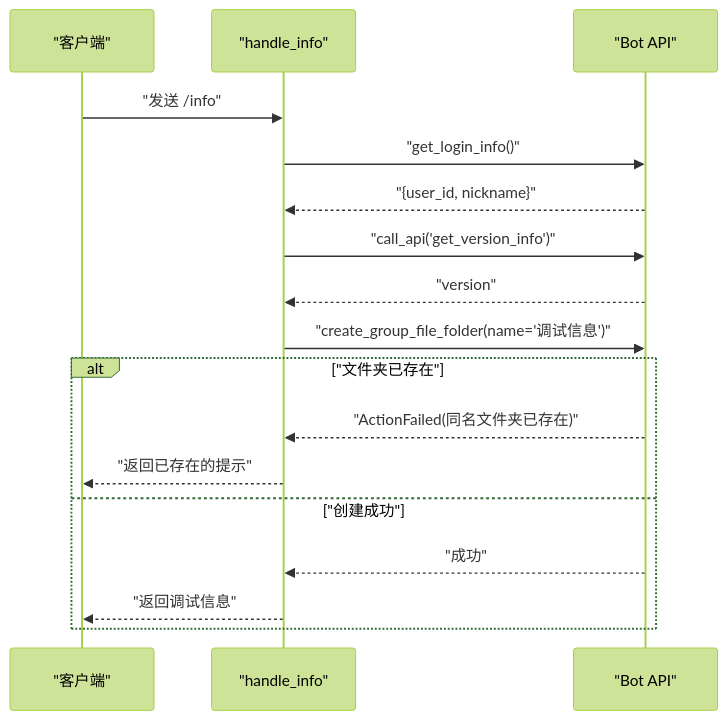
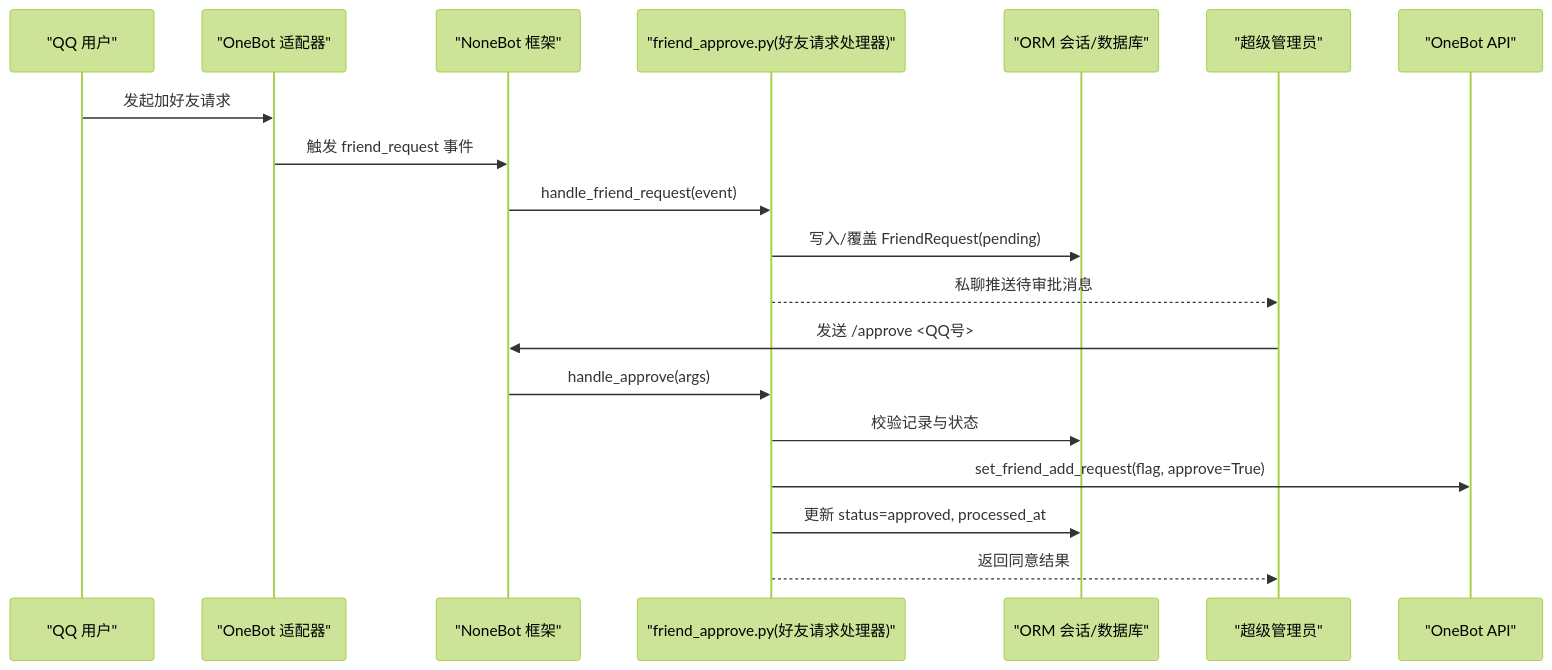
The fourth of 7 diagrams in .qoder/repowiki/zh/content/核心功能模块/核心功能模块.md (Wohaokunr/yawn_bot), drawn with Mermaid (forest theme) before and after one commit. The commit also changed other lines of this file and 60 other files, not shown here.

````diff
--- a/.qoder/repowiki/zh/content/核心功能模块/核心功能模块.md
+++ b/.qoder/repowiki/zh/content/核心功能模块/核心功能模块.md
@@ -247,19 +172,21 @@
 ```mermaid
 sequenceDiagram
-participant Client as "客户端"
-participant Handler as "handle_info"
-participant Bot as "Bot API"
-Client->>Handler : "发送 /info"
-Handler->>Bot : "get_login_info()"
-Bot-->>Handler : "{user_id, nickname}"
-Handler->>Bot : "call_api('get_version_info')"
-Bot-->>Handler : "version"
-Handler->>Bot : "create_group_file_folder(name='调试信息')"
-alt "文件夹已存在"
-Bot-->>Handler : "ActionFailed(同名文件夹已存在)"
-Handler-->>Client : "返回已存在的提示"
-else "创建成功"
-Bot-->>Handler : "成功"
-Handler-->>Client : "返回调试信息"
-end
+participant Q as "QQ 用户"
+participant OB as "OneBot 适配器"
+participant NB as "NoneBot 框架"
+participant FR as "friend_approve.py(好友请求处理器)"
+participant DB as "ORM 会话/数据库"
+participant ADM as "超级管理员"
+participant API as "OneBot API"
+Q->>OB : 发起加好友请求
+OB->>NB : 触发 friend_request 事件
+NB->>FR : handle_friend_request(event)
+FR->>DB : 写入/覆盖 FriendRequest(pending)
+FR-->>ADM : 私聊推送待审批消息
+ADM->>NB : 发送 /approve <QQ号>
+NB->>FR : handle_approve(args)
+FR->>DB : 校验记录与状态
+FR->>API : set_friend_add_request(flag, approve=True)
+FR->>DB : 更新 status=approved, processed_at
+FR-->>ADM : 返回同意结果
 ```
````
